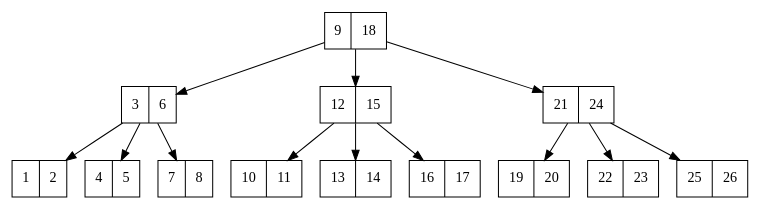
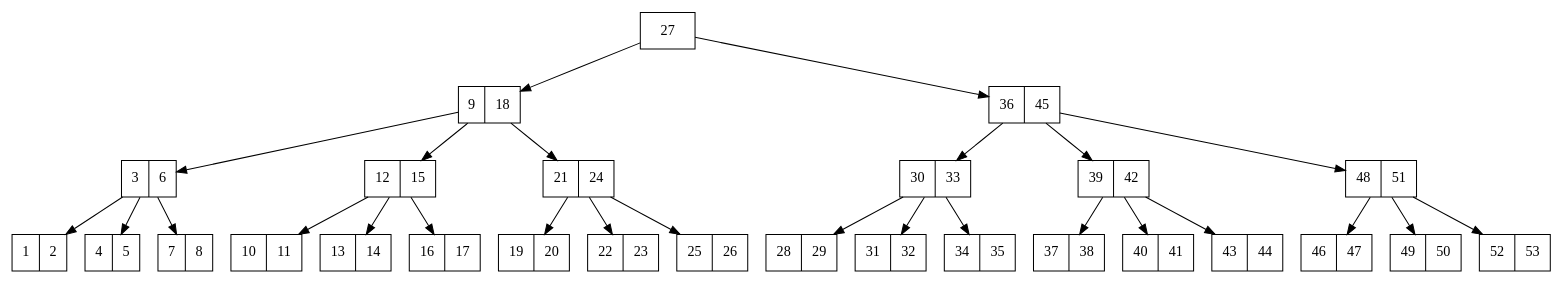
One commit to santiago3223/ULaSalle changed the diagram in BTree/archivo.dot. Above: the diagram before and after it, drawn with Graphviz. The commit also changed 94 other files, not shown here.

```diff
--- a/BTree/archivo.dot
+++ b/BTree/archivo.dot
@@ -1,27 +1,55 @@
 digraph {
-"0x111ff20"[shape=record, label="{{ 9|18} } "];
-"0x111fca0"[shape=record, label="{{ 3|6} } "];
-"0x111fc20"[shape=record, label="{{ 1|2} } "];
-"0x111fca0"->"0x111fc20"
-"0x111fd20"[shape=record, label="{{ 4|5} } "];
-"0x111fca0"->"0x111fd20"
-"0x111fda0"[shape=record, label="{{ 7|8} } "];
-"0x111fca0"->"0x111fda0"
-"0x111ff20"->"0x111fca0"
-"0x111ffa0"[shape=record, label="{{ 12|15} } "];
-"0x111fe20"[shape=record, label="{{ 10|11} } "];
-"0x111ffa0"->"0x111fe20"
-"0x111fea0"[shape=record, label="{{ 13|14} } "];
-"0x111ffa0"->"0x111fea0"
-"0x1120020"[shape=record, label="{{ 16|17} } "];
-"0x111ffa0"->"0x1120020"
-"0x111ff20"->"0x111ffa0"
-"0x11201a0"[shape=record, label="{{ 21|24} } "];
-"0x11200a0"[shape=record, label="{{ 19|20} } "];
-"0x11201a0"->"0x11200a0"
-"0x1120120"[shape=record, label="{{ 22|23} } "];
-"0x11201a0"->"0x1120120"
-"0x1120220"[shape=record, label="{{ 25|26} } "];
-"0x11201a0"->"0x1120220"
-"0x111ff20"->"0x11201a0"
+"0x23247a0"[shape=record, label="{{ 27} } "];
+"0x2323f20"[shape=record, label="{{ 9|18} } "];
+"0x2323ca0"[shape=record, label="{{ 3|6} } "];
+"0x2323c20"[shape=record, label="{{ 1|2} } "];
+"0x2323ca0"->"0x2323c20"
+"0x2323d20"[shape=record, label="{{ 4|5} } "];
+"0x2323ca0"->"0x2323d20"
+"0x2323da0"[shape=record, label="{{ 7|8} } "];
+"0x2323ca0"->"0x2323da0"
+"0x2323f20"->"0x2323ca0"
+"0x2323fa0"[shape=record, label="{{ 12|15} } "];
+"0x2323e20"[shape=record, label="{{ 10|11} } "];
+"0x2323fa0"->"0x2323e20"
+"0x2323ea0"[shape=record, label="{{ 13|14} } "];
+"0x2323fa0"->"0x2323ea0"
+"0x2324020"[shape=record, label="{{ 16|17} } "];
+"0x2323fa0"->"0x2324020"
+"0x2323f20"->"0x2323fa0"
+"0x23241a0"[shape=record, label="{{ 21|24} } "];
+"0x23240a0"[shape=record, label="{{ 19|20} } "];
+"0x23241a0"->"0x23240a0"
+"0x2324120"[shape=record, label="{{ 22|23} } "];
+"0x23241a0"->"0x2324120"
+"0x2324220"[shape=record, label="{{ 25|26} } "];
+"0x23241a0"->"0x2324220"
+"0x2323f20"->"0x23241a0"
+"0x23247a0"->"0x2323f20"
+"0x2324820"[shape=record, label="{{ 36|45} } "];
+"0x23243a0"[shape=record, label="{{ 30|33} } "];
+"0x23242a0"[shape=record, label="{{ 28|29} } "];
+"0x23243a0"->"0x23242a0"
+"0x2324320"[shape=record, label="{{ 31|32} } "];
+"0x23243a0"->"0x2324320"
+"0x2324420"[shape=record, label="{{ 34|35} } "];
+"0x23243a0"->"0x2324420"
+"0x2324820"->"0x23243a0"
+"0x23245a0"[shape=record, label="{{ 39|42} } "];
+"0x23244a0"[shape=record, label="{{ 37|38} } "];
+"0x23245a0"->"0x23244a0"
+"0x2324520"[shape=record, label="{{ 40|41} } "];
+"0x23245a0"->"0x2324520"
+"0x2324620"[shape=record, label="{{ 43|44} } "];
+"0x23245a0"->"0x2324620"
+"0x2324820"->"0x23245a0"
+"0x23248a0"[shape=record, label="{{ 48|51} } "];
+"0x23246a0"[shape=record, label="{{ 46|47} } "];
+"0x23248a0"->"0x23246a0"
+"0x2324720"[shape=record, label="{{ 49|50} } "];
+"0x23248a0"->"0x2324720"
+"0x2324920"[shape=record, label="{{ 52|53} } "];
+"0x23248a0"->"0x2324920"
+"0x2324820"->"0x23248a0"
+"0x23247a0"->"0x2324820"
  }
```
